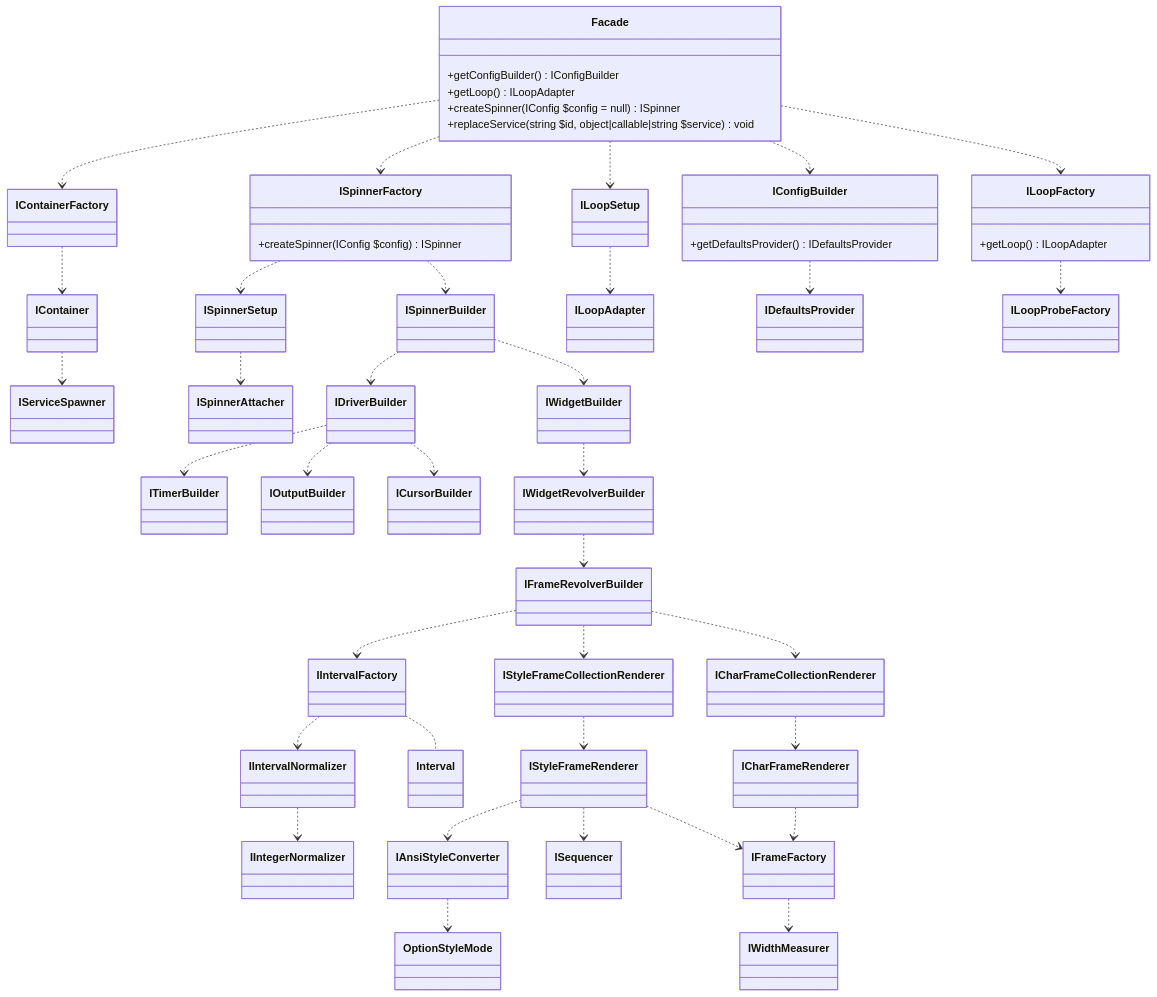
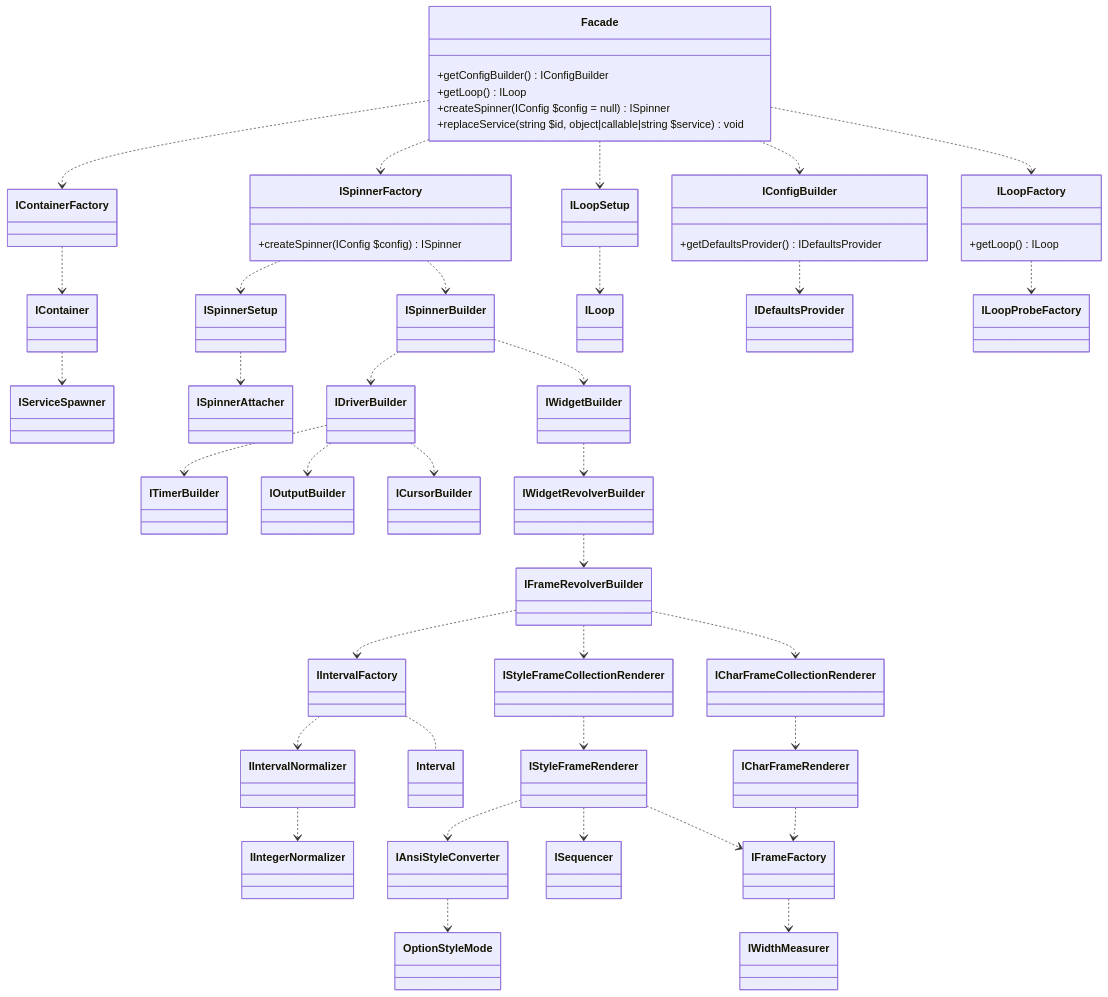
One commit to alecrabbit/php-console-spinner changed the diagram in doc/info/chart/services.md. Above: the diagram before and after it, drawn with Mermaid. The commit also changed 4 other files, not shown here.

````diff
--- a/doc/info/chart/services.md
+++ b/doc/info/chart/services.md
@@ -3,80 +3,80 @@
 ```mermaid
 classDiagram
     direction TB
     Facade ..> IContainerFactory
     Facade ..> IConfigBuilder
     Facade ..> ISpinnerFactory
     Facade ..> ILoopFactory
     Facade ..> ILoopSetup
    
 
     class Facade {
         +getConfigBuilder() IConfigBuilder
-        +getLoop() ILoopAdapter
+        +getLoop() ILoop
         +createSpinner(IConfig $config = null) ISpinner
         +replaceService(string $id, object|callable|string $service) void
     }
     
     IContainerFactory ..> IContainer
     
     IContainer ..> IServiceSpawner
 
     ISpinnerFactory ..> ISpinnerBuilder
     ISpinnerFactory ..> ISpinnerSetup
 
-    ILoopSetup ..> ILoopAdapter
+    ILoopSetup ..> ILoop
 
     ISpinnerSetup ..> ISpinnerAttacher
 
     class ISpinnerFactory {
         +createSpinner(IConfig $config) ISpinner
     }
     
     IConfigBuilder ..> IDefaultsProvider
     
     class IConfigBuilder {
         +getDefaultsProvider() IDefaultsProvider
     }
     
     ILoopFactory ..> ILoopProbeFactory
 
     class ILoopFactory {
-        +getLoop() ILoopAdapter
+        +getLoop() ILoop
     }
     
     ISpinnerBuilder ..> IDriverBuilder
     ISpinnerBuilder ..> IWidgetBuilder
 
     IDriverBuilder ..> ITimerBuilder
     IDriverBuilder ..> IOutputBuilder
     IDriverBuilder ..> ICursorBuilder
 
     IWidgetBuilder ..> IWidgetRevolverBuilder
 
     IWidgetRevolverBuilder ..> IFrameRevolverBuilder
 
     IFrameRevolverBuilder ..> IStyleFrameCollectionRenderer
     IFrameRevolverBuilder ..> ICharFrameCollectionRenderer
     IFrameRevolverBuilder ..> IIntervalFactory
 
     IIntervalFactory ..> IIntervalNormalizer
     IIntervalFactory .. Interval
 
     IIntervalNormalizer ..> IIntegerNormalizer
 
     IStyleFrameCollectionRenderer ..> IStyleFrameRenderer
 
     ICharFrameCollectionRenderer ..> ICharFrameRenderer
 
     IStyleFrameRenderer ..> IAnsiStyleConverter
     IStyleFrameRenderer ..> ISequencer
     IStyleFrameRenderer ..> IFrameFactory
     
     ICharFrameRenderer ..> IFrameFactory
 
     IAnsiStyleConverter ..> OptionStyleMode
 
     IFrameFactory ..> IWidthMeasurer
 
 
 ```
````
